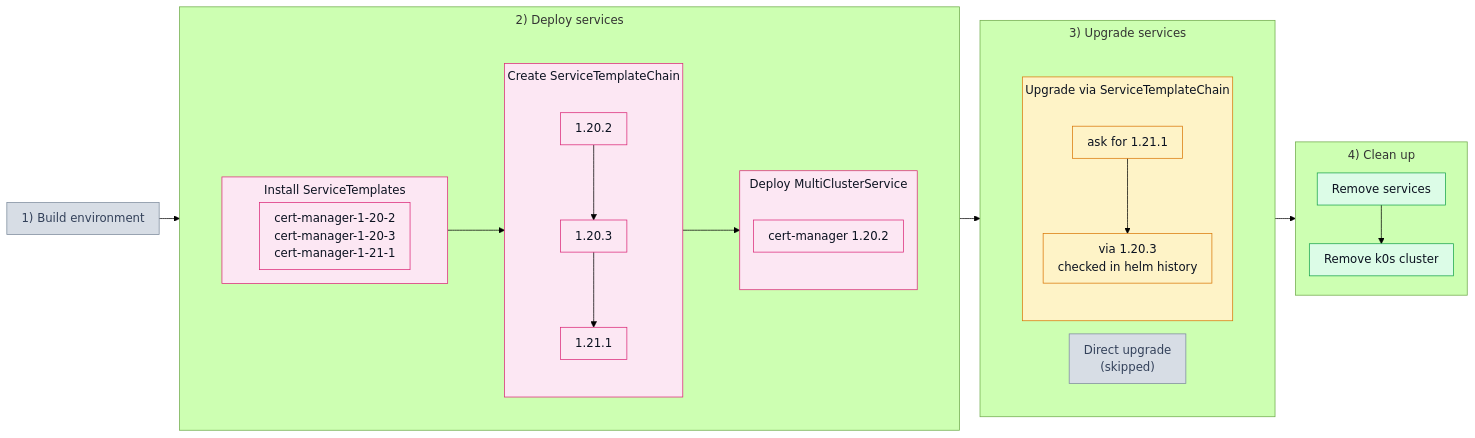
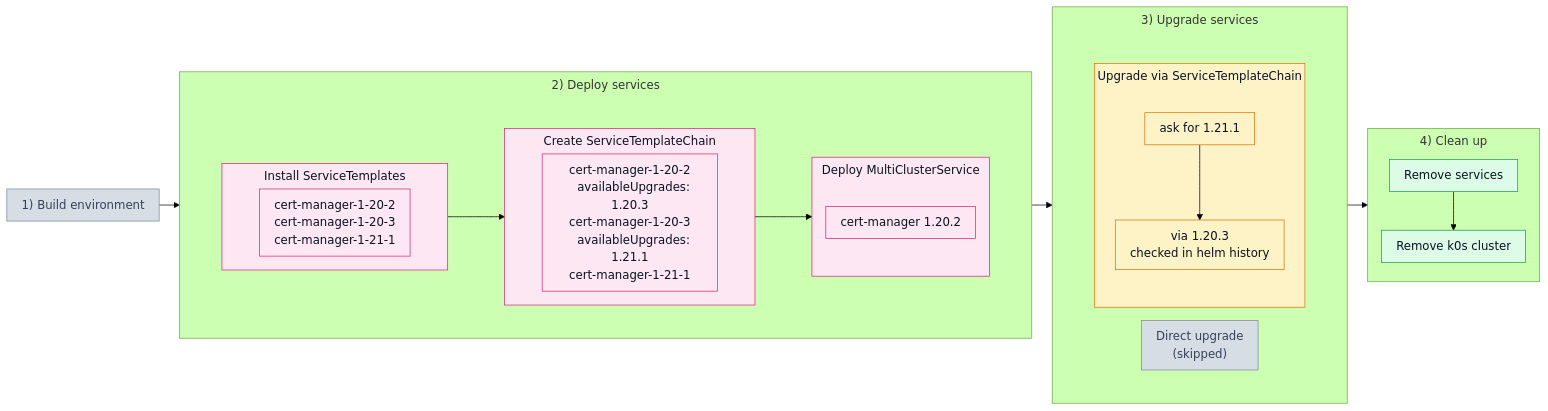
Before and after one commit to josef-hak/ksm-tests: the diagram in test_scenarios/504_stepwise_chain.md, drawn with Mermaid (forest theme).

Commit message:
docs: show the chain contents in one box

````diff
--- a/test_scenarios/504_stepwise_chain.md
+++ b/test_scenarios/504_stepwise_chain.md
@@ -16,56 +16,55 @@
 ```mermaid
 %%{init: {'flowchart': {'padding': 10, 'nodeSpacing': 18, 'rankSpacing': 28, 'subGraphTitleMargin': {'top': 6, 'bottom': 10}}}}%%
 flowchart LR
     P1["1) Build environment"]
 
     subgraph P2["2) Deploy services"]
         subgraph W2[" "]
             direction LR
             subgraph D1["Install ServiceTemplates"]
                 T1["cert-manager-1-20-2<br/>cert-manager-1-20-3<br/>cert-manager-1-21-1"]
             end
 
             subgraph D3["Create ServiceTemplateChain"]
-                direction TB
-                H1["1.20.2"] --> H2["1.20.3"] --> H3["1.21.1"]
+                H1["cert-manager-1-20-2<br/>&nbsp;&nbsp;&nbsp;availableUpgrades: 1.20.3<br/>cert-manager-1-20-3<br/>&nbsp;&nbsp;&nbsp;availableUpgrades: 1.21.1<br/>cert-manager-1-21-1"]
             end
 
             subgraph D2["Deploy MultiClusterService"]
                 direction TB
                 M1["cert-manager 1.20.2"]
             end
 
             D1 --> D3 --> D2
         end
     end
 
     subgraph P3["3) Upgrade services"]
         subgraph W3[" "]
             direction LR
             U1["Direct upgrade<br/>(skipped)"]
 
             subgraph U2["Upgrade via ServiceTemplateChain"]
                 direction TB
                 S1["ask for 1.21.1"] --> S2["via 1.20.3<br/>checked in helm history"]
             end
         end
     end
 
     subgraph P4["4) Clean up"]
         C1["Remove services"] --> C2["Remove k0s cluster"]
     end
 
     P1 --> P2 --> P3 --> P4
 
     classDef off fill:#d7dde5,stroke:#7c8a9c,color:#33415a
     classDef pink fill:#fce7f3,stroke:#db2777,color:#0b1220
     classDef amber fill:#fef3c7,stroke:#d97706,color:#0b1220
     classDef green fill:#dcfce7,stroke:#16a34a,color:#0b1220
     classDef bare fill:none,stroke:none
 
     class P1,U1 off
-    class D1,D2,D3,T1,H1,H2,H3,M1 pink
+    class D1,D2,D3,T1,H1,M1 pink
     class U2,S1,S2 amber
     class C1,C2 green
     class W2,W3 bare
 ```
````
